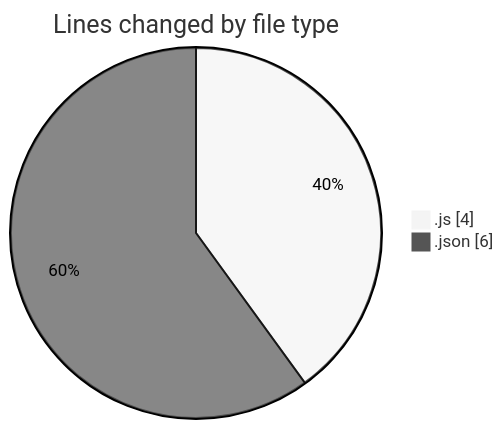
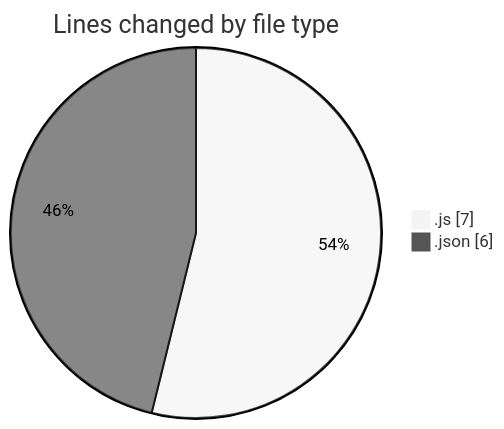
Before and after one commit to momahboobian/code-tracking: the first of 2 diagrams in 2025-12-18/cda/README.md, drawn with Mermaid (neutral theme). The commit also changed other lines of this file and 1 other file, not shown here.

````diff
--- a/2025-12-18/cda/README.md
+++ b/2025-12-18/cda/README.md
@@ -21,6 +22,6 @@
 ```mermaid
 pie showData
 title Lines changed by file type
-".js" : 4
+".js" : 7
 ".json" : 6
 ```
````
